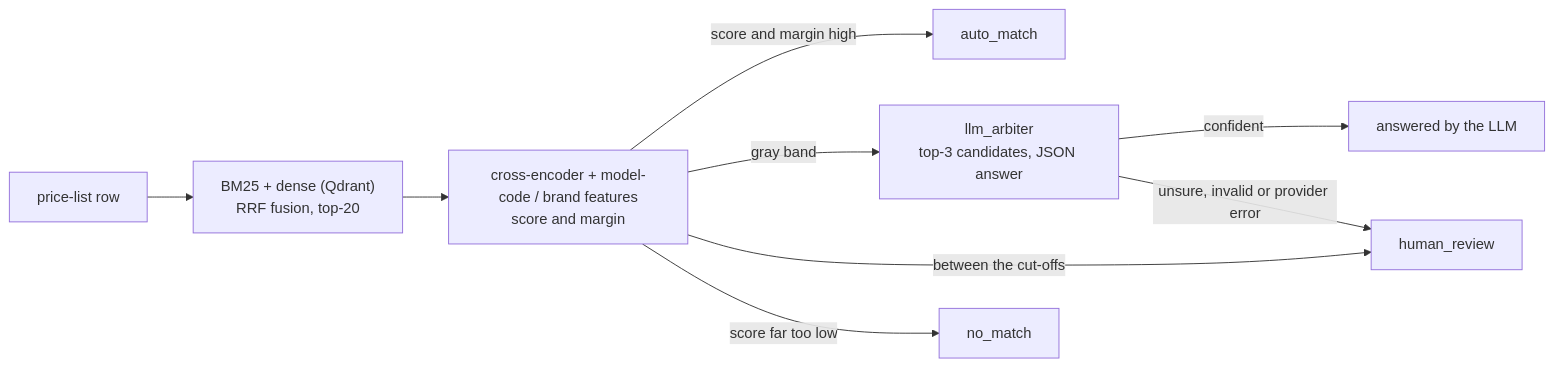
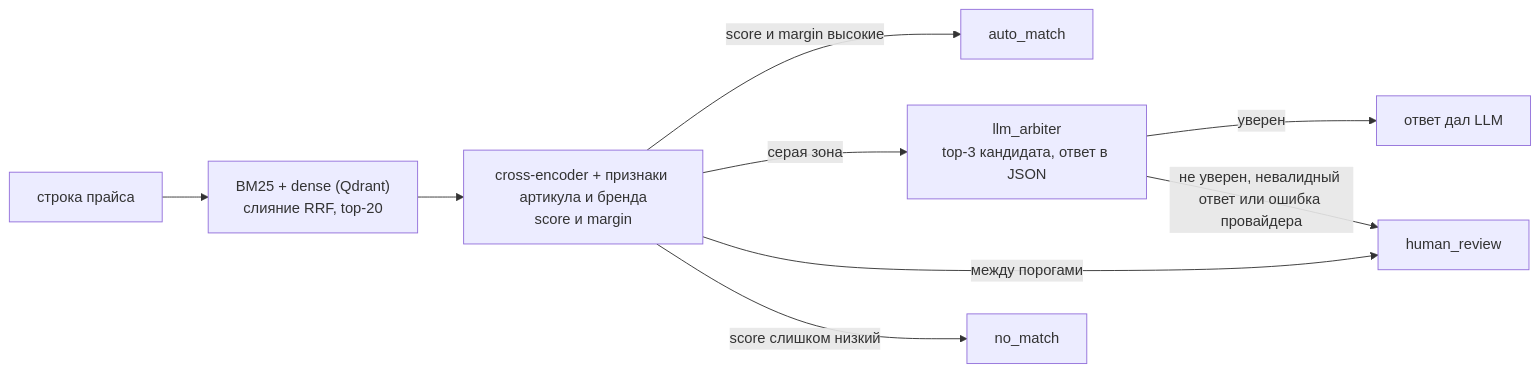
The diagram in README.md (DelixeamI/entity-cascade), drawn with Mermaid before and after one commit. The commit also changed other lines of this file, not shown here.

````diff
--- a/README.md
+++ b/README.md
@@ -11,11 +11,11 @@
 ```mermaid
 flowchart LR
-    row[price-list row] --> ret["BM25 + dense (Qdrant)<br/>RRF fusion, top-20"]
-    ret --> rr["cross-encoder + model-code / brand features<br/>score and margin"]
-    rr -->|"score and margin high"| auto[auto_match]
-    rr -->|"gray band"| llm["llm_arbiter<br/>top-3 candidates, JSON answer"]
-    rr -->|"between the cut-offs"| human[human_review]
-    rr -->|"score far too low"| none[no_match]
-    llm -->|"confident"| done[answered by the LLM]
-    llm -->|"unsure, invalid or provider error"| human
+    row["строка прайса"] --> ret["BM25 + dense (Qdrant)<br/>слияние RRF, top-20"]
+    ret --> rr["cross-encoder + признаки артикула и бренда<br/>score и margin"]
+    rr -->|"score и margin высокие"| auto[auto_match]
+    rr -->|"серая зона"| llm["llm_arbiter<br/>top-3 кандидата, ответ в JSON"]
+    rr -->|"между порогами"| human[human_review]
+    rr -->|"score слишком низкий"| none[no_match]
+    llm -->|"уверен"| done["ответ дал LLM"]
+    llm -->|"не уверен, невалидный ответ или ошибка провайдера"| human
 ```
````
